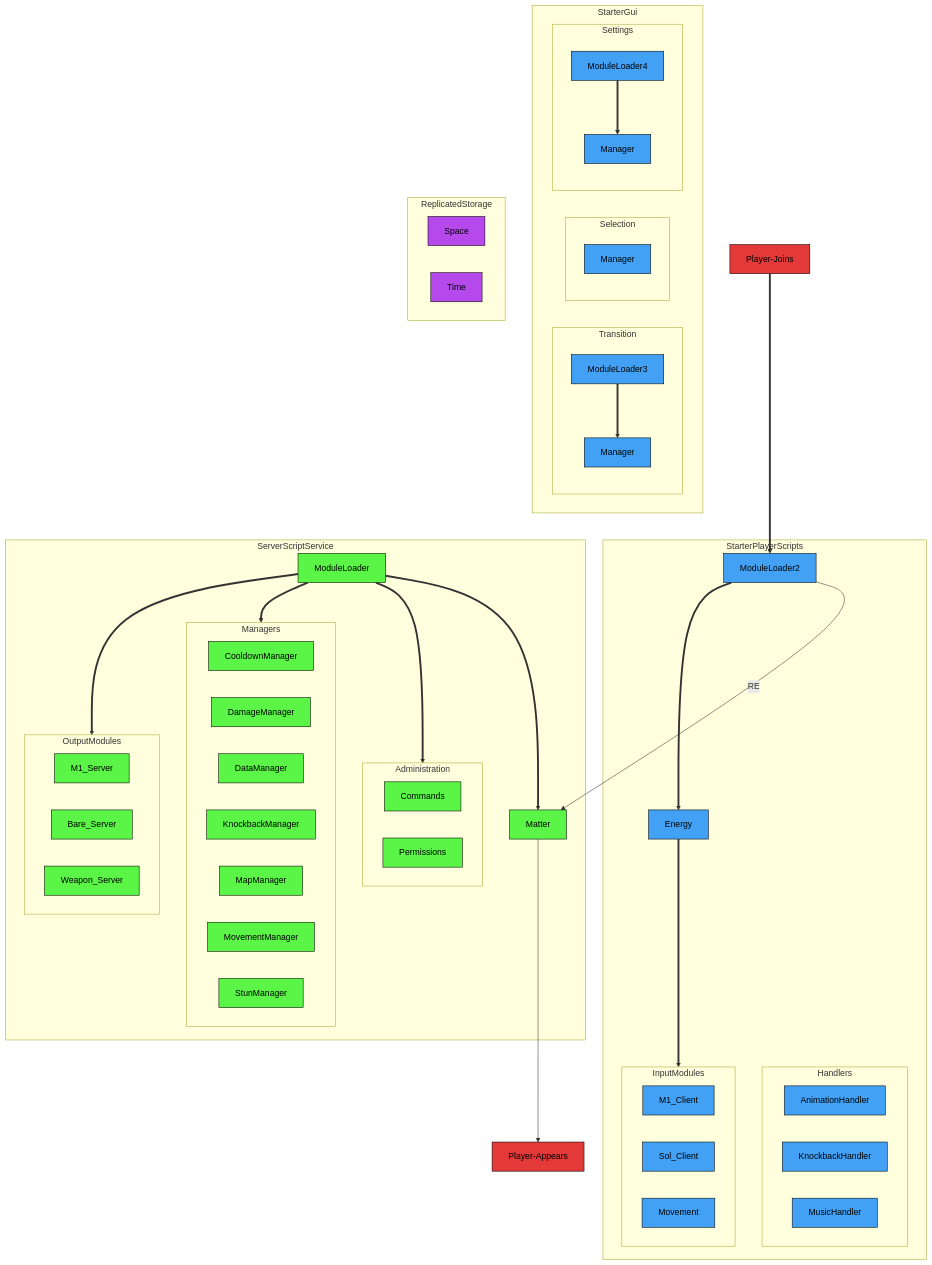
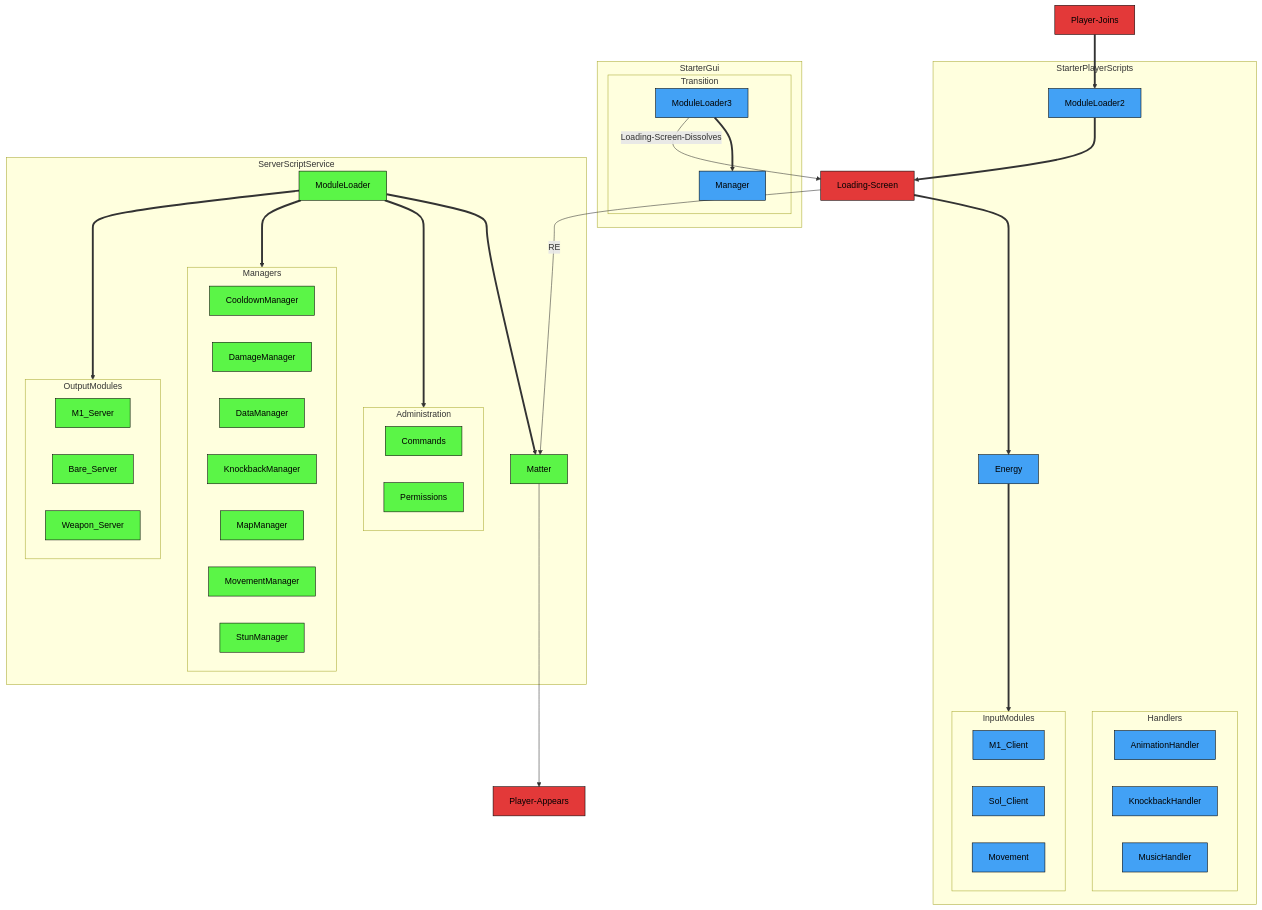
The first of 3 diagrams in README.md (altair5607249/Crusaders-Game), drawn with Mermaid before and after one commit.

```diff
--- a/README.md
+++ b/README.md
@@ -78,19 +78,6 @@
     subgraph Transition
       ModuleLoader3==>A["Manager"]
     end
-
-    subgraph Selection
-      B["Manager"]
-    end
-
-    subgraph Settings
-      ModuleLoader4==>C["Manager"]
-    end
-  end
-
-  subgraph ReplicatedStorage
-    Space;
-    Time;
   end
 
   subgraph ServerScriptService
@@ -121,15 +108,18 @@
 
   Player-Joins==>ModuleLoader2
 
-  ModuleLoader2-->|RE| Matter-->Player-Appears;
-  ModuleLoader2==>Energy==>InputModules;
+  ModuleLoader2==>Loading-Screen
+  ModuleLoader3-->|Loading-Screen-Dissolves| Loading-Screen
+
+  Loading-Screen-->|RE| Matter-->Player-Appears;
+  Loading-Screen==>Energy==>InputModules;
 
   ModuleLoader==>Matter;
   ModuleLoader==>Administration;
   ModuleLoader==>Managers;
   ModuleLoader==>OutputModules;
 
-  class Player-Joins,Player-Appears eventNode;
+  class Player-Joins,Player-Appears,Loading-Screen eventNode;
   class ModuleLoader,Matter,Commands,Permissions,CooldownManager,DamageManager,DataManager,KnockbackManager,MapManager,MovementManager,StunManager,M1_Server,Bare_Server,Weapon_Server serverNode;
   class ModuleLoader2,Energy,AnimationHandler,KnockbackHandler,MusicHandler,M1_Client,Sol_Client,Movement,ModuleLoader3,ModuleLoader4,A,B,C clientNode;
   class Space,Time universalNode;
```
